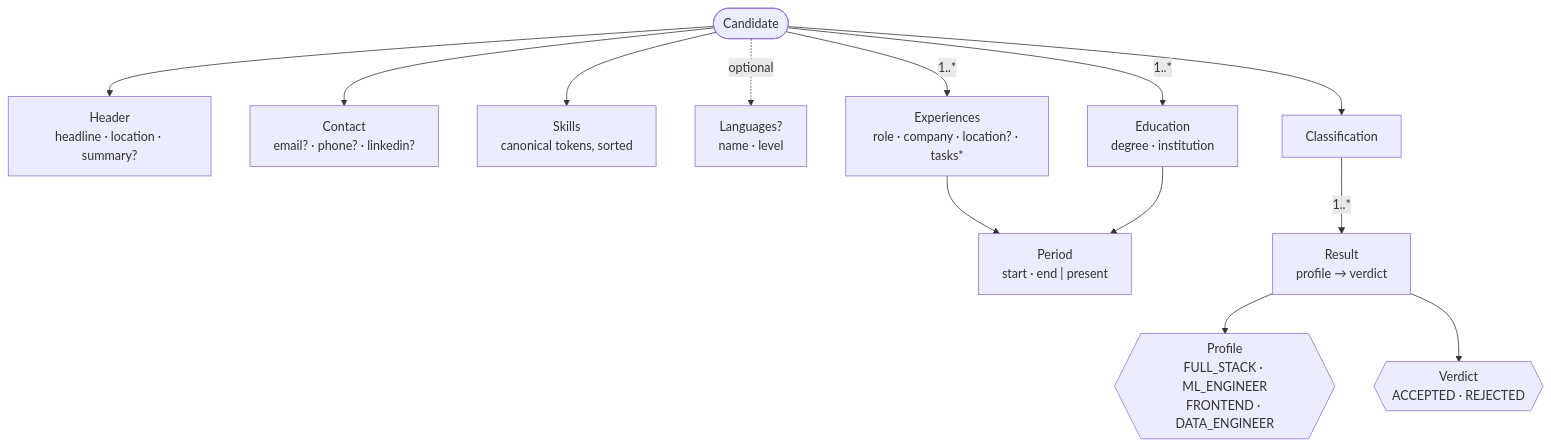
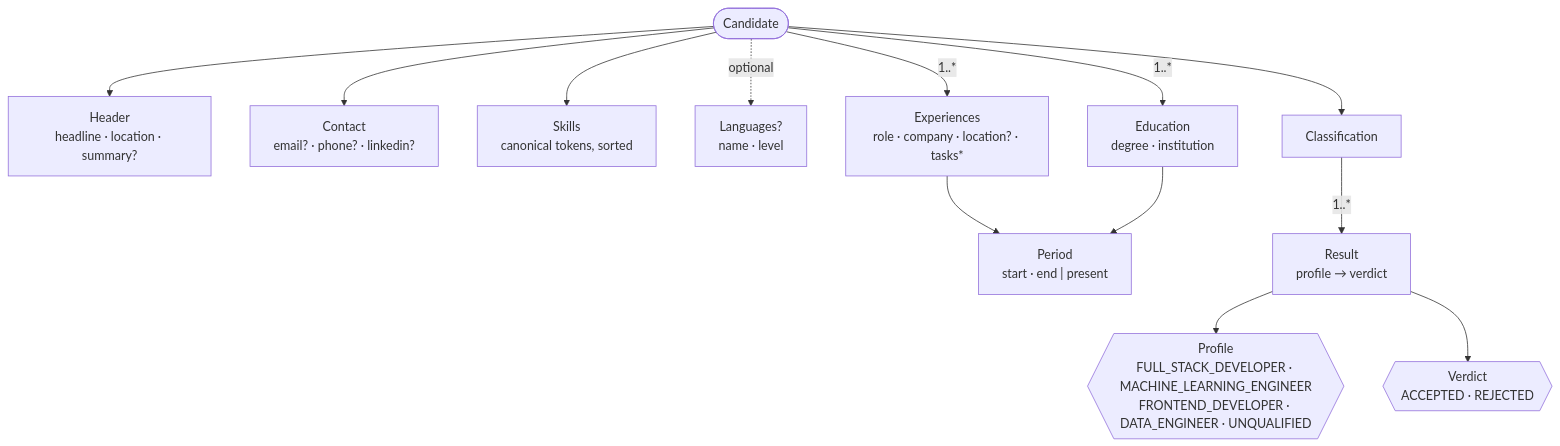
Before and after one commit to brynzd/ResumeLens: the first of 2 diagrams in docs/domain.md, drawn with Mermaid. The commit also changed other lines of this file and 5 other files, not shown here.

````diff
--- a/docs/domain.md
+++ b/docs/domain.md
@@ -120,28 +122,28 @@
 ```mermaid
 flowchart TB
     CAND(["Candidate"])
     HDR["Header<br/>headline · location · summary?"]
     CON["Contact<br/>email? · phone? · linkedin?"]
     SK["Skills<br/>canonical tokens, sorted"]
     LNG["Languages?<br/>name · level"]
     EXP["Experiences<br/>role · company · location? · tasks*"]
     EDU["Education<br/>degree · institution"]
     PER["Period<br/>start · end | present"]
     CLS["Classification"]
     RES["Result<br/>profile → verdict"]
-    PROF{{"Profile<br/>FULL_STACK · ML_ENGINEER<br/>FRONTEND · DATA_ENGINEER"}}
+    PROF{{"Profile<br/>FULL_STACK_DEVELOPER · MACHINE_LEARNING_ENGINEER<br/>FRONTEND_DEVELOPER · DATA_ENGINEER · UNQUALIFIED"}}
     VER{{"Verdict<br/>ACCEPTED · REJECTED"}}
 
     CAND --> HDR
     CAND --> CON
     CAND --> SK
     CAND -.optional.-> LNG
     CAND -->|1..*| EXP
     CAND -->|1..*| EDU
     CAND --> CLS
     EXP --> PER
     EDU --> PER
     CLS -->|1..*| RES
     RES --> PROF
     RES --> VER
 ```
````
